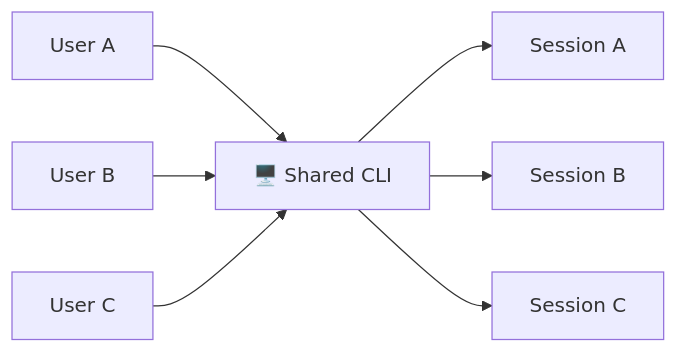
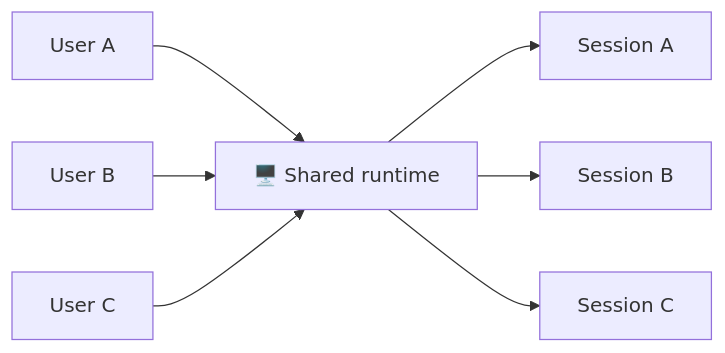
The fifth of 6 diagrams in docs/features/session-persistence.md (jeremiahjordanisaacson/copilot-sdk-supercharged), drawn with Mermaid before and after one commit. The commit also changed other lines of this file and 35 other files, not shown here.

````diff
--- a/docs/features/session-persistence.md
+++ b/docs/features/session-persistence.md
@@ -791,9 +791,9 @@
 ```mermaid
 flowchart LR
-    UA[User A] --> CLI
-    UB[User B] --> CLI
-    UC[User C] --> CLI
-    CLI[🖥️ Shared CLI] --> SA[Session A]
-    CLI --> SB[Session B]
-    CLI --> SC[Session C]
+    UA[User A] --> Runtime
+    UB[User B] --> Runtime
+    UC[User C] --> Runtime
+    Runtime[🖥️ Shared runtime] --> SA[Session A]
+    Runtime --> SB[Session B]
+    Runtime --> SC[Session C]
 ```
````
